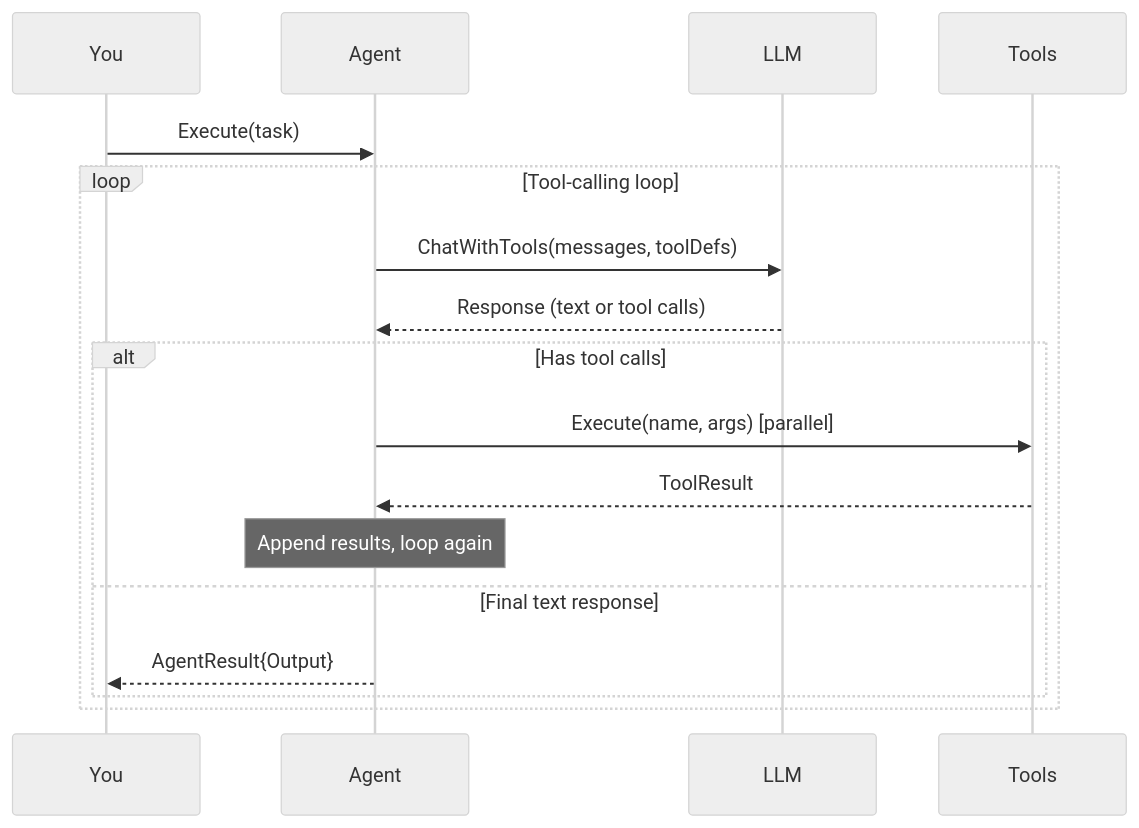
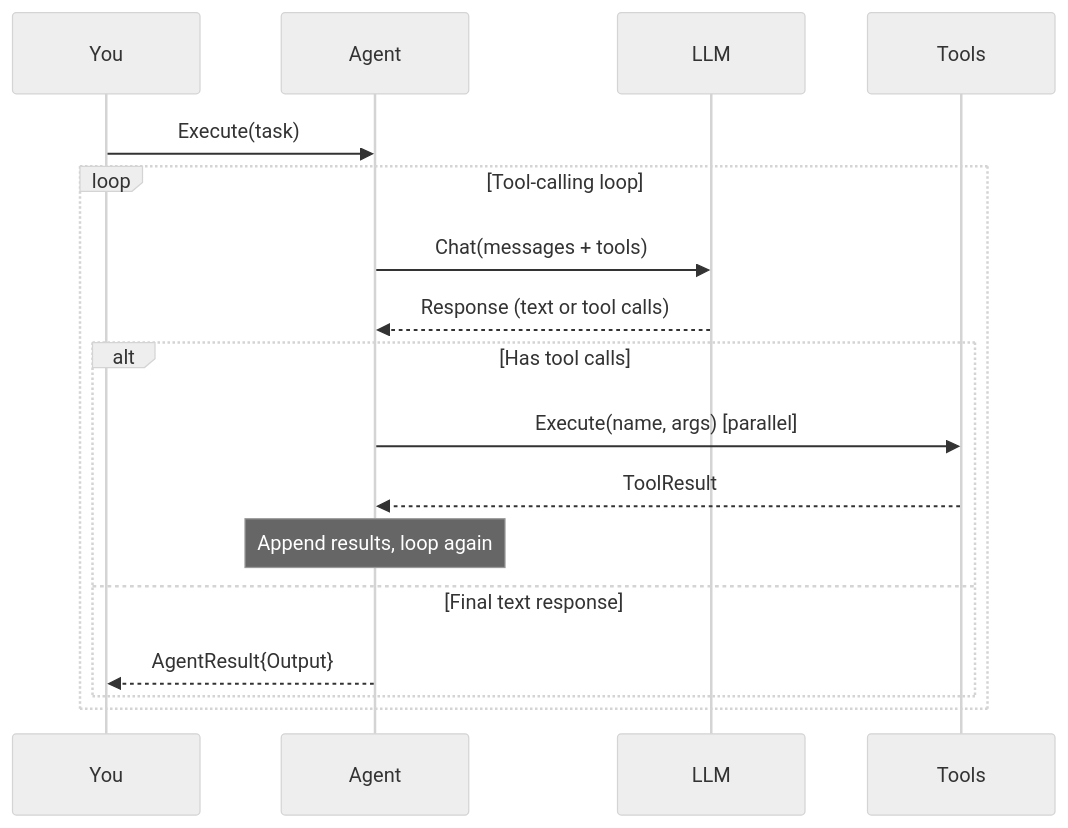
The first of 2 diagrams in docs/getting-started/quick-start.md (nevindra/oasis), drawn with Mermaid (neutral theme) before and after one commit. The commit also changed 35 other files, not shown here.

````diff
--- a/docs/getting-started/quick-start.md
+++ b/docs/getting-started/quick-start.md
@@ -57,20 +57,20 @@
 ```mermaid
 sequenceDiagram
     participant You
     participant Agent
     participant LLM
     participant Tools
 
     You->>Agent: Execute(task)
     loop Tool-calling loop
-        Agent->>LLM: ChatWithTools(messages, toolDefs)
+        Agent->>LLM: Chat(messages + tools)
         LLM-->>Agent: Response (text or tool calls)
         alt Has tool calls
             Agent->>Tools: Execute(name, args) [parallel]
             Tools-->>Agent: ToolResult
             Note over Agent: Append results, loop again
         else Final text response
             Agent-->>You: AgentResult{Output}
         end
     end
 ```
````
